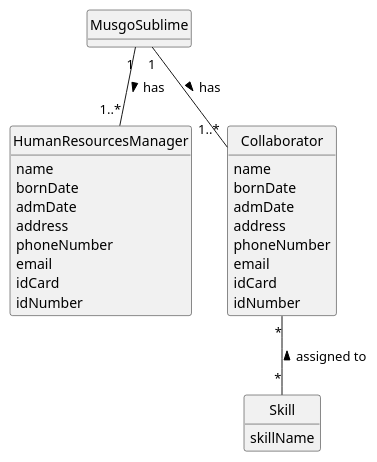
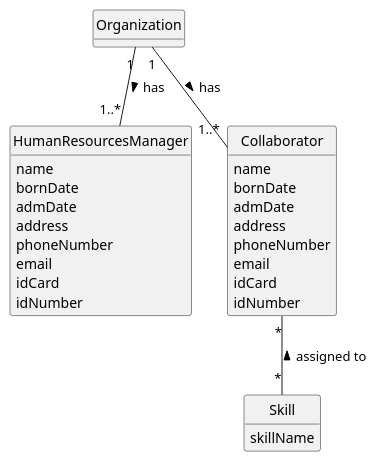
One commit to 1231360-ISEP/lei-24-s2-1db-g021 changed the diagram in docs/sprintA/us004/02.analysis/puml/us004-domain-model.puml. Above: the diagram before and after it, drawn with PlantUML. The commit also changed 7 other files, not shown here.

```diff
--- a/docs/sprintA/us004/02.analysis/puml/us004-domain-model.puml
+++ b/docs/sprintA/us004/02.analysis/puml/us004-domain-model.puml
@@ -1,46 +1,47 @@
 @startuml
 skinparam monochrome true
 skinparam packageStyle rectangle
 skinparam shadowing false
 
 'left to right direction
 
 skinparam classAttributeIconSize 0
 
 hide circle
 hide methods
 
 'title Domain Model
 
-class MusgoSublime {
+class Organization {
 }
 
 class HumanResourcesManager {
     name
     bornDate
     admDate
     address
     phoneNumber
     email
     idCard
     idNumber
 }
 
 class Collaborator {
     name
     bornDate
     admDate
     address
     phoneNumber
     email
     idCard
     idNumber
 }
 
 class Skill {
     skillName
 }
-MusgoSublime "1" -- "1..*" Collaborator : has >
-MusgoSublime "1" -- "1..*" HumanResourcesManager : has >
+
+Organization "1" -- "1..*" Collaborator : has >
+Organization "1" -- "1..*" HumanResourcesManager : has >
 Collaborator "*" -- "*" Skill : assigned to <
 @enduml
```
